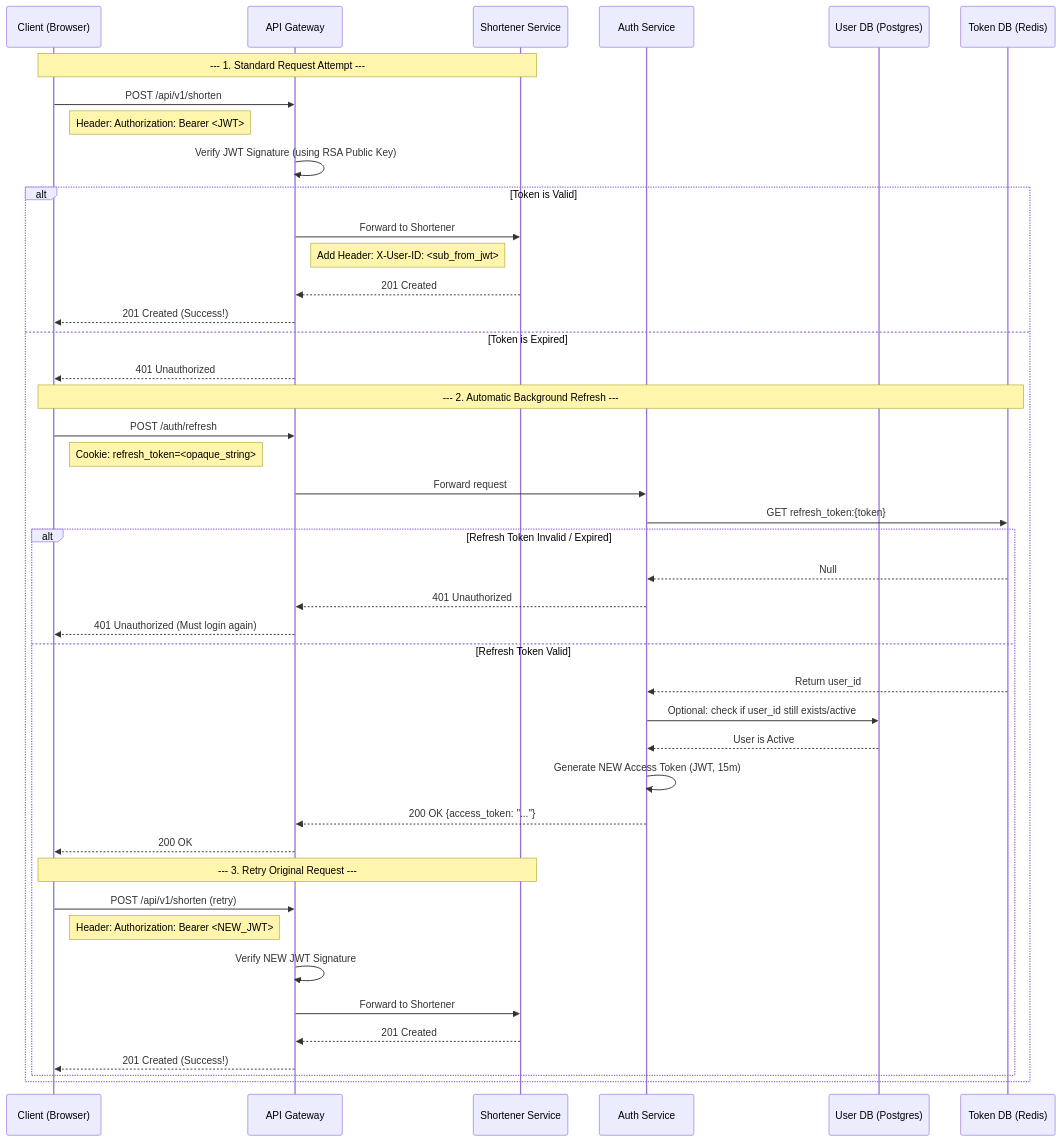
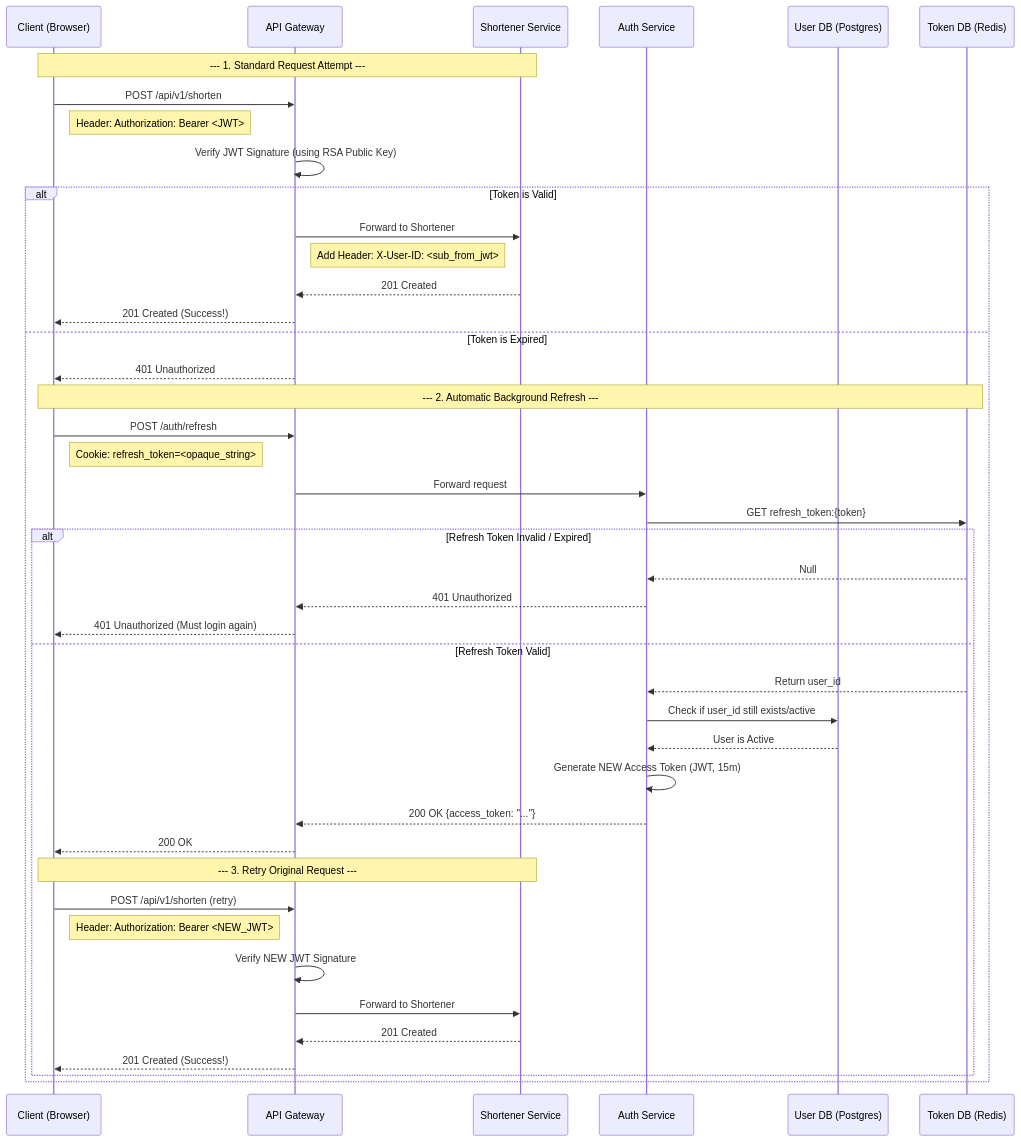
Before and after one commit to boycececil666gmailcom/url-shortener: the second of 3 diagrams in design/auth/01-auth-flow.md, drawn with Mermaid. The commit also changed 16 other files, not shown here.

````diff
--- a/design/auth/01-auth-flow.md
+++ b/design/auth/01-auth-flow.md
@@ -47,54 +47,54 @@
 ```mermaid
 sequenceDiagram
     participant C as Client (Browser)
     participant G as API Gateway
     participant S as Shortener Service
     participant A as Auth Service
     participant PG as User DB (Postgres)
     participant R as Token DB (Redis)
 
     Note over C,S: --- 1. Standard Request Attempt ---
     C->>G: POST /api/v1/shorten
     Note right of C: Header: Authorization: Bearer <JWT>
     
     G->>G: Verify JWT Signature (using RSA Public Key)
     
     alt Token is Valid
         G->>S: Forward to Shortener
         Note right of G: Add Header: X-User-ID: <sub_from_jwt>
         S-->>G: 201 Created
         G-->>C: 201 Created (Success!)
         
     else Token is Expired
         G-->>C: 401 Unauthorized
         
         Note over C,R: --- 2. Automatic Background Refresh ---
         C->>G: POST /auth/refresh
         Note right of C: Cookie: refresh_token=<opaque_string>
         
         G->>A: Forward request
         A->>R: GET refresh_token:{token}
         
         alt Refresh Token Invalid / Expired
             R-->>A: Null
             A-->>G: 401 Unauthorized
             G-->>C: 401 Unauthorized (Must login again)
             
         else Refresh Token Valid
             R-->>A: Return user_id
-            A->>PG: Optional: check if user_id still exists/active
+            A->>PG: Check if user_id still exists/active
             PG-->>A: User is Active
             A->>A: Generate NEW Access Token (JWT, 15m)
             A-->>G: 200 OK {access_token: "..."}
             G-->>C: 200 OK
             
             Note over C,S: --- 3. Retry Original Request ---
             C->>G: POST /api/v1/shorten (retry)
             Note right of C: Header: Authorization: Bearer <NEW_JWT>
             G->>G: Verify NEW JWT Signature
             G->>S: Forward to Shortener
             S-->>G: 201 Created
             G-->>C: 201 Created (Success!)
         end
     end
 ```
````
